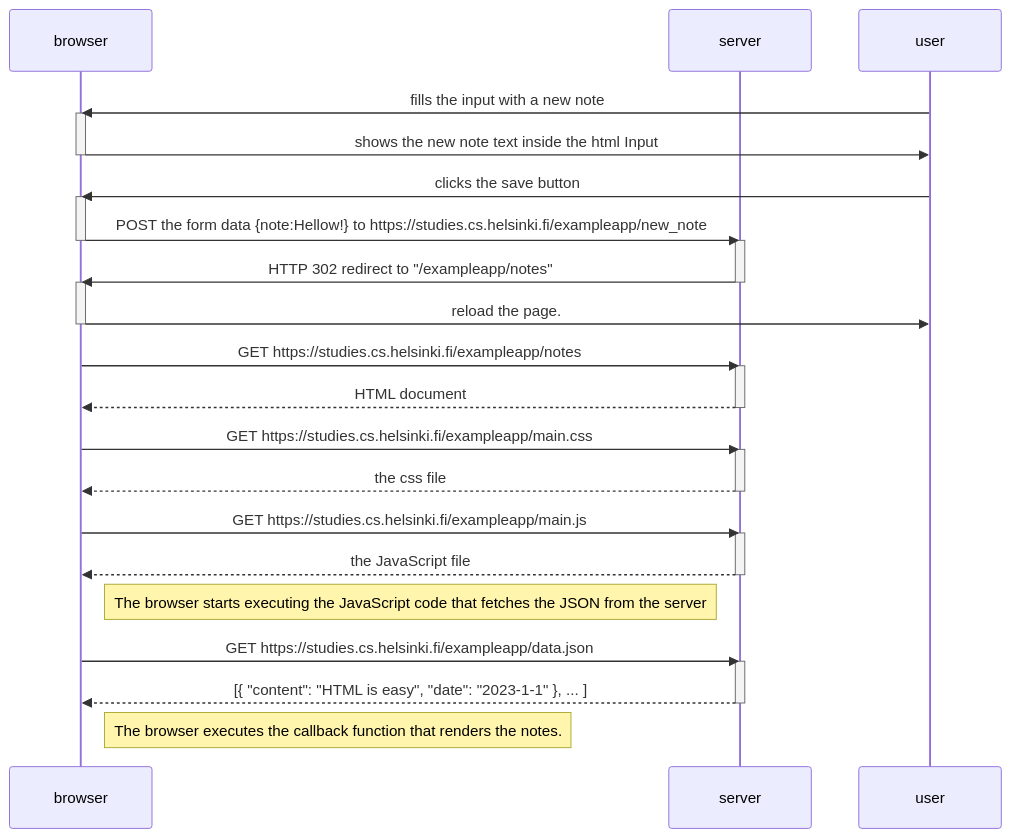
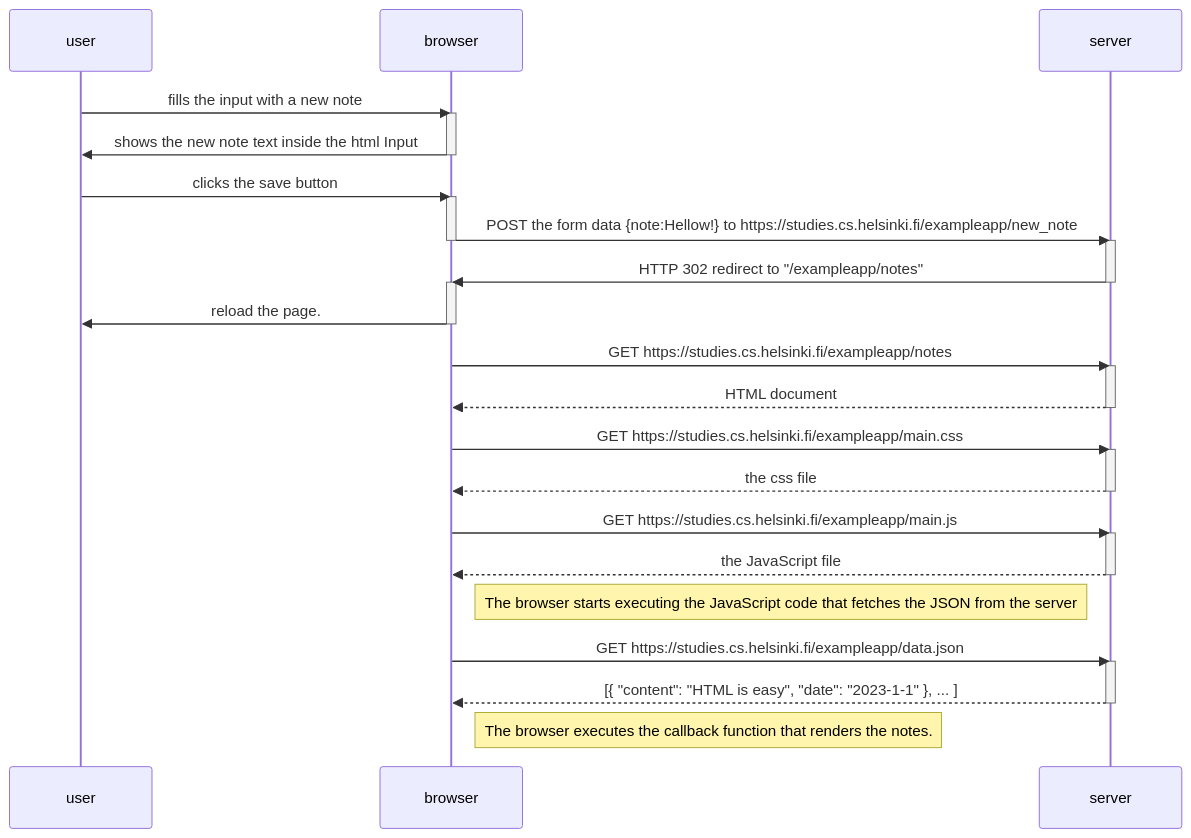
Before and after one commit to jaimesuarez99/courseFullStackOpen: the diagram in part0/0.4/diagram.md, drawn with Mermaid. The commit also changed other lines of this file, not shown here.

````diff
--- a/part0/0.4/diagram.md
+++ b/part0/0.4/diagram.md
@@ -2,46 +2,46 @@
 ```mermaid
 sequenceDiagram
+    participant user
     participant browser
     participant server
-    participant user
 
     user->>browser: fills the input with a new note
     activate browser
     browser->>user: shows the new note text inside the html Input
     deactivate browser
 
     user->>browser: clicks the save button
     activate browser
     browser->>server: POST the form data {note:Hellow!} to https://studies.cs.helsinki.fi/exampleapp/new_note
     deactivate browser
     activate server
     server->>browser: HTTP 302 redirect to "/exampleapp/notes"
     deactivate server
     activate browser
     browser->>user: reload the page.
     deactivate browser
 
     browser->>server: GET https://studies.cs.helsinki.fi/exampleapp/notes
     activate server
     server-->>browser: HTML document
     deactivate server
 
     browser->>server: GET https://studies.cs.helsinki.fi/exampleapp/main.css
     activate server
     server-->>browser: the css file
     deactivate server
 
     browser->>server: GET https://studies.cs.helsinki.fi/exampleapp/main.js
     activate server
     server-->>browser: the JavaScript file
     deactivate server
 
     Note right of browser: The browser starts executing the JavaScript code that fetches the JSON from the server
 
     browser->>server: GET https://studies.cs.helsinki.fi/exampleapp/data.json
     activate server
     server-->>browser: [{ "content": "HTML is easy", "date": "2023-1-1" }, ... ]
     deactivate server
 
     Note right of browser: The browser executes the callback function that renders the notes.
 ```
````
